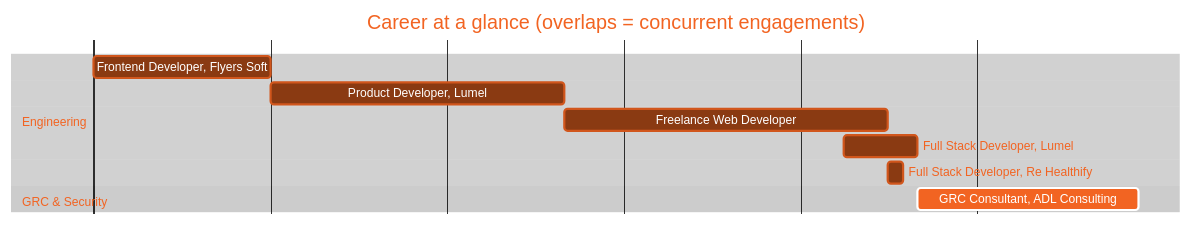
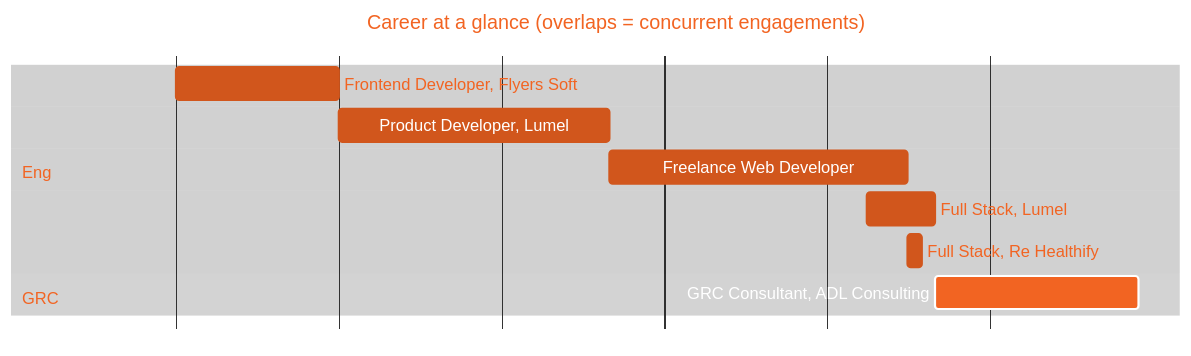
Before and after one commit to shahidsha1612/shahidsha1612: the diagram in README.md, drawn with Mermaid. The commit also changed other lines of this file, not shown here.

Commit message:
Polish timeline chart and arc

````diff
--- a/README.md
+++ b/README.md
@@ -225,15 +225,15 @@
 ```mermaid
-%%{init: {'theme':'base','themeVariables':{'fontFamily':'Fira Code, monospace','primaryColor':'#D1561C','primaryTextColor':'#ffffff','primaryBorderColor':'#F26422','lineColor':'#F26422','sectionBkgColor':'#1a1a1a','altSectionBkgColor':'#000000','sectionBkgColor2':'#1a1a1a','taskBkgColor':'#D1561C','taskBorderColor':'#F26422','taskTextColor':'#ffffff','taskTextLightColor':'#ffffff','taskTextDarkColor':'#ffffff','taskTextOutsideColor':'#F26422','taskTextClickableColor':'#F26422','activeTaskBkgColor':'#F26422','activeTaskBorderColor':'#ffffff','doneTaskBkgColor':'#8a3a12','doneTaskBorderColor':'#D1561C','gridColor':'#444444','titleColor':'#F26422'}}}%%
+%%{init: {'theme':'base','gantt':{'barHeight':30,'barGap':8,'fontSize':15,'sectionFontSize':15,'topPadding':60,'leftPadding':150,'gridLineStartPadding':40},'themeVariables':{'fontFamily':'Fira Code, monospace','primaryColor':'#D1561C','primaryTextColor':'#ffffff','primaryBorderColor':'#F26422','lineColor':'#F26422','sectionBkgColor':'#1a1a1a','altSectionBkgColor':'#262626','sectionBkgColor2':'#1a1a1a','taskBkgColor':'#D1561C','taskBorderColor':'#F26422','taskTextColor':'#ffffff','taskTextLightColor':'#ffffff','taskTextDarkColor':'#ffffff','taskTextOutsideColor':'#F26422','taskTextClickableColor':'#F26422','activeTaskBkgColor':'#F26422','activeTaskBorderColor':'#ffffff','doneTaskBkgColor':'#D1561C','doneTaskBorderColor':'#D1561C','gridColor':'#555555','titleColor':'#F26422'}}}%%
 gantt
     title Career at a glance (overlaps = concurrent engagements)
     dateFormat YYYY-MM
     axisFormat %Y
-    section Engineering
+    section Eng
     Frontend Developer, Flyers Soft     :done, 2021-01, 2022-01
     Product Developer, Lumel            :done, 2022-01, 2023-09
     Freelance Web Developer             :done, 2023-09, 2025-07
-    Full Stack Developer, Lumel         :done, 2025-04, 2025-09
-    Full Stack Developer, Re Healthify  :done, 2025-07, 2025-08
-    section GRC & Security
+    Full Stack, Lumel                   :done, 2025-04, 2025-09
+    Full Stack, Re Healthify            :done, 2025-07, 2025-08
+    section GRC
     GRC Consultant, ADL Consulting      :active, 2025-09, 2026-12
 ```
````
